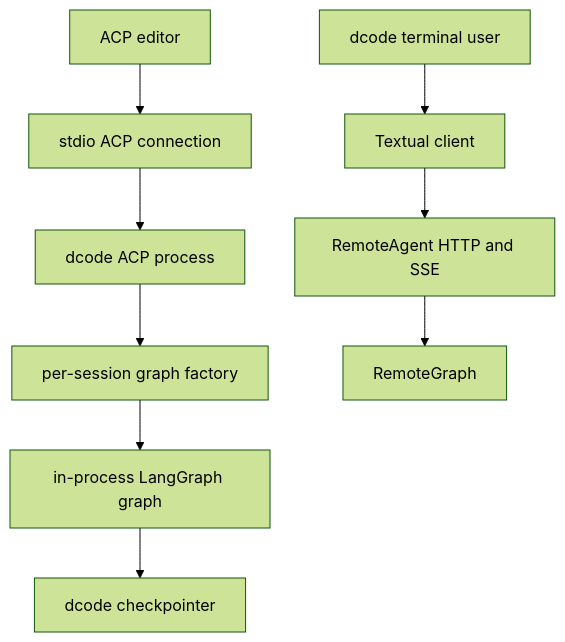
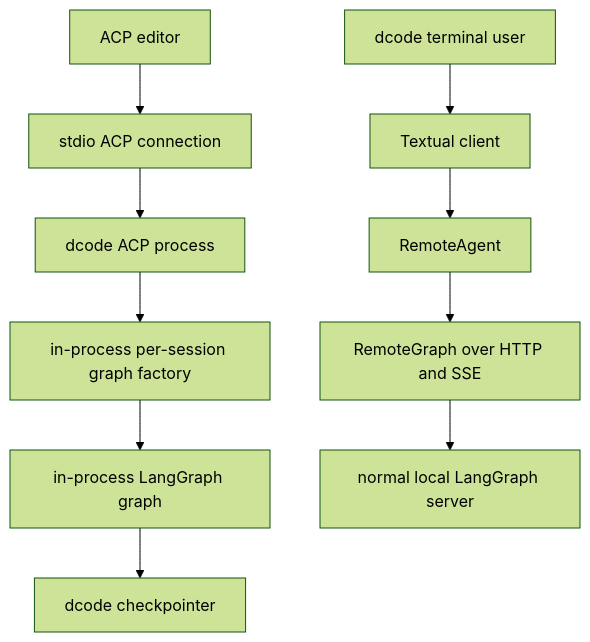
The first of 2 diagrams in openwiki/integrations/acp.md (langchain-ai/deepagents), drawn with Mermaid (forest theme) before and after one commit. The commit also changed other lines of this file and 33 other files, not shown here.

````diff
--- a/openwiki/integrations/acp.md
+++ b/openwiki/integrations/acp.md
@@ -60,12 +54,13 @@
 ```mermaid
 flowchart TD
     Editor["ACP editor"] --> Stdio["stdio ACP connection"]
     Stdio --> Acp["dcode ACP process"]
-    Acp --> Factory["per-session graph factory"]
+    Acp --> Factory["in-process per-session graph factory"]
     Factory --> LocalGraph["in-process LangGraph graph"]
     LocalGraph --> Saver["dcode checkpointer"]
 
     Terminal["dcode terminal user"] --> Tui["Textual client"]
-    Tui --> Remote["RemoteAgent HTTP and SSE"]
-    Remote --> RemoteGraph["RemoteGraph"]
+    Tui --> Remote["RemoteAgent"]
+    Remote --> RemoteGraph["RemoteGraph over HTTP and SSE"]
+    RemoteGraph --> Server["normal local LangGraph server"]
 ```
````
